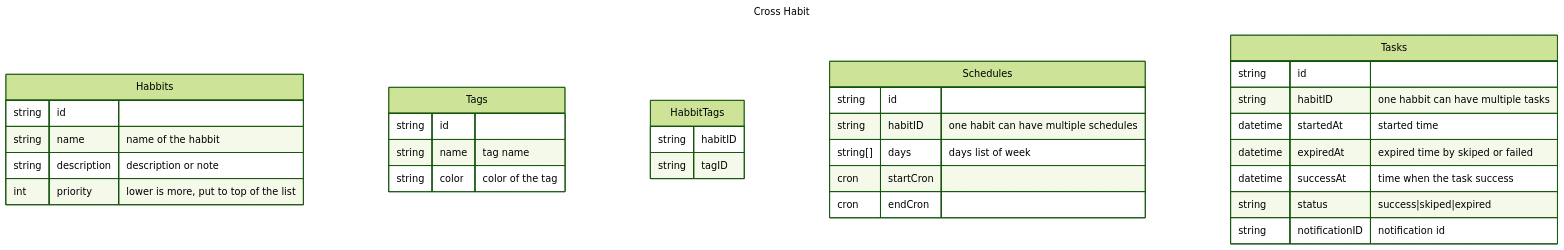
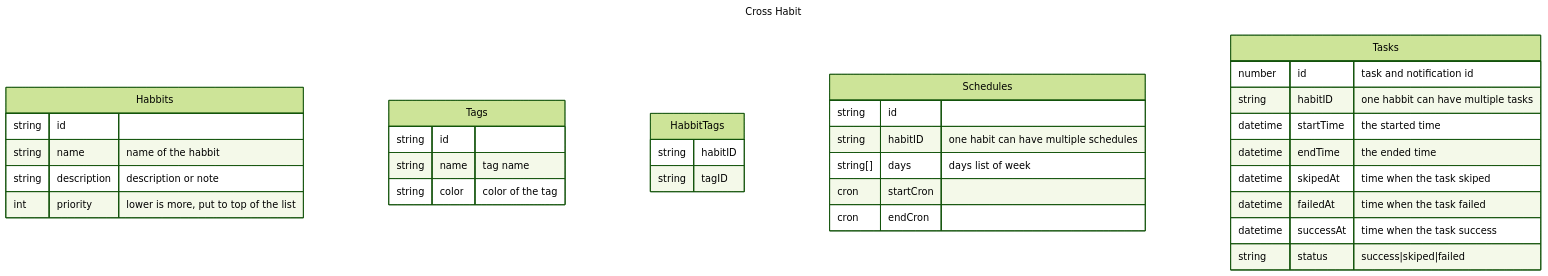
The diagram in README.md (ntsd/cross-habit), drawn with Mermaid (forest theme) before and after one commit. The commit also changed 9 other files, not shown here.

````diff
--- a/README.md
+++ b/README.md
@@ -18,37 +18,38 @@
 ```mermaid
 ---
 title: Cross Habit
 ---
 erDiagram
     Habbits {
         string id
         string name "name of the habbit"
         string description "description or note"
         int priority  "lower is more, put to top of the list"
     }
     Tags {
         string id
         string name "tag name"
         string color "color of the tag"
     }
     HabbitTags {
         string habitID
         string tagID
     }
     Schedules {
         string id
         string habitID "one habit can have multiple schedules"
         string[] days "days list of week"
         cron startCron ""
         cron endCron ""
     }
     Tasks {
-        string id
+        number id "task and notification id"
         string habitID "one habbit can have multiple tasks"
-        datetime startedAt "started time"
-        datetime expiredAt "expired time by skiped or failed"
+        datetime startTime "the started time"
+        datetime endTime "the ended time"
+        datetime skipedAt "time when the task skiped"
+        datetime failedAt "time when the task failed"
         datetime successAt "time when the task success"
-        string status "success|skiped|expired"
-        string notificationID "notification id"
+        string status "success|skiped|failed"
     }
 ```
````
